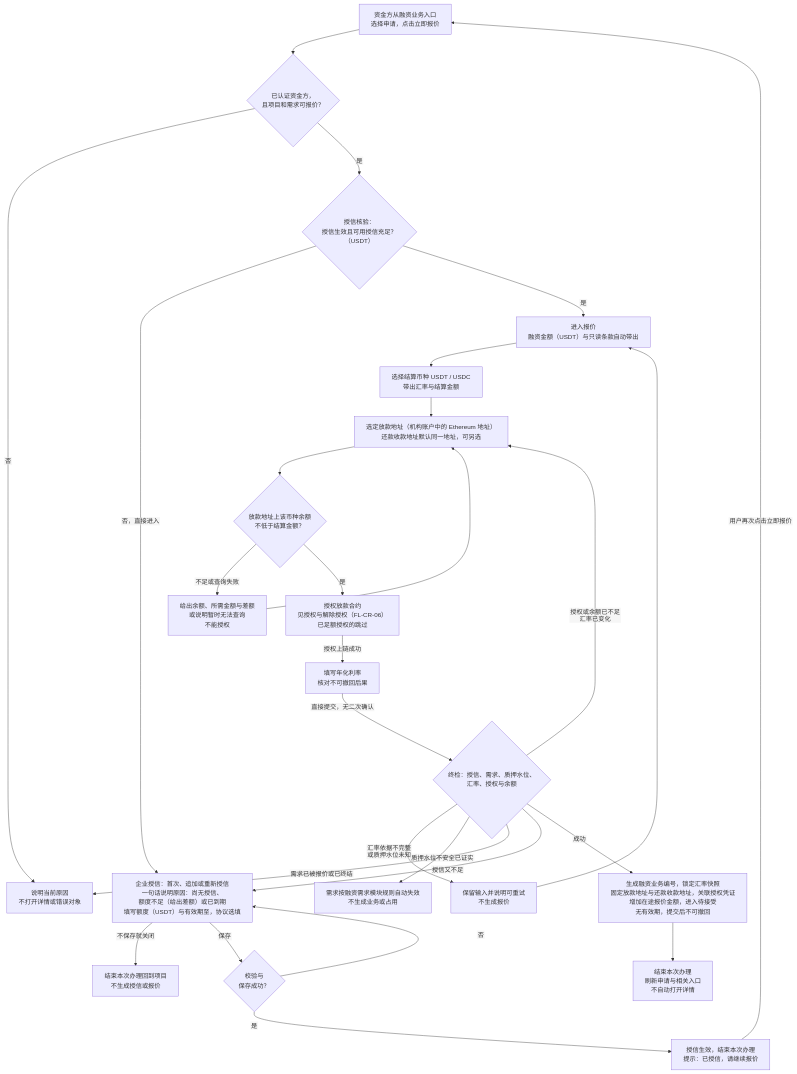
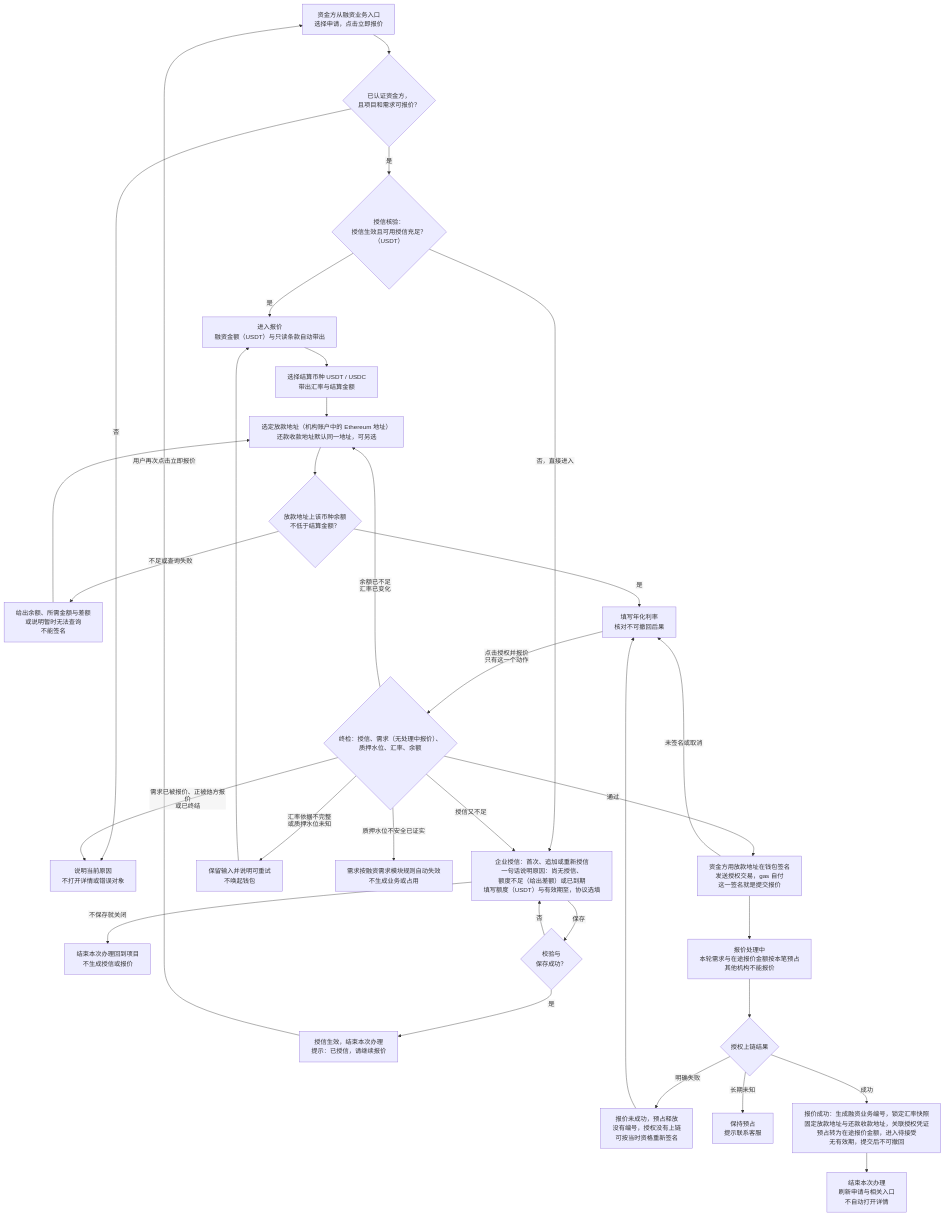
The first of 10 diagrams in lending-platform/PRD/面客端/06-借贷广场-授信报价与接受拒绝/02-授信报价与接受拒绝-流程图与状态机.md (wxblockchain/Chain-Financing), drawn with Mermaid before and after one commit. The commit also changed other lines of this file and 5 other files, not shown here.

````diff
--- a/lending-platform/PRD/面客端/06-借贷广场-授信报价与接受拒绝/02-授信报价与接受拒绝-流程图与状态机.md
+++ b/lending-platform/PRD/面客端/06-借贷广场-授信报价与接受拒绝/02-授信报价与接受拒绝-流程图与状态机.md
@@ -23,30 +23,36 @@
 ```mermaid
 %%{init: {"flowchart": {"htmlLabels": false, "wrappingWidth": 400}}}%%
 flowchart TD
   A["资金方从融资业务入口<br/>选择申请，点击立即报价"] --> B{"已认证资金方，<br/>且项目和需求可报价？"}
   B -->|"否"| X["说明当前原因<br/>不打开详情或错误对象"]
   B -->|"是"| C{"授信核验：<br/>授信生效且可用授信充足？<br/>（USDT）"}
   C -->|"否，直接进入"| F["企业授信：首次、追加或重新授信<br/>一句话说明原因：尚无授信、<br/>额度不足（给出差额）或已到期<br/>填写额度（USDT）与有效期至，协议选填"]
   F -->|"不保存就关闭"| E["结束本次办理回到项目<br/>不生成授信或报价"]
   F -->|"保存"| G{"校验与<br/>保存成功？"}
   G -->|"否"| F
   G -->|"是"| H["授信生效，结束本次办理<br/>提示：已授信，请继续报价"]
   H -->|"用户再次点击立即报价"| A
   C -->|"是"| Q["进入报价<br/>融资金额（USDT）与只读条款自动带出"]
   Q --> R["选择结算币种 USDT / USDC<br/>带出汇率与结算金额"]
   R --> S1["选定放款地址（机构账户中的 Ethereum 地址）<br/>还款收款地址默认同一地址，可另选"]
   S1 --> S2{"放款地址上该币种余额<br/>不低于结算金额？"}
-  S2 -->|"不足或查询失败"| S3["给出余额、所需金额与差额<br/>或说明暂时无法查询<br/>不能授权"]
+  S2 -->|"不足或查询失败"| S3["给出余额、所需金额与差额<br/>或说明暂时无法查询<br/>不能签名"]
   S3 --> S1
-  S2 -->|"是"| S4["授权放款合约<br/>见授权与解除授权（FL-CR-06）<br/>已足额授权的跳过"]
-  S4 -->|"授权上链成功"| T["填写年化利率<br/>核对不可撤回后果"]
-  T -->|"直接提交，无二次确认"| U{"终检：授信、需求、质押水位、<br/>汇率、授权与余额"}
-  U -->|"汇率依据不完整<br/>或质押水位未知"| U1["保留输入并说明可重试<br/>不生成报价"]
+  S2 -->|"是"| T["填写年化利率<br/>核对不可撤回后果"]
+  T -->|"点击授权并报价<br/>只有这一个动作"| U{"终检：授信、需求（无处理中报价）、<br/>质押水位、汇率、余额"}
+  U -->|"汇率依据不完整<br/>或质押水位未知"| U1["保留输入并说明可重试<br/>不唤起钱包"]
   U1 --> Q
-  U -->|"授权或余额已不足<br/>汇率已变化"| S1
+  U -->|"余额已不足<br/>汇率已变化"| S1
   U -->|"质押水位不安全已证实"| V["需求按融资需求模块规则自动失效<br/>不生成业务或占用"]
-  U -->|"需求已被报价或已终结"| X
+  U -->|"需求已被报价、正被他方报价<br/>或已终结"| X
   U -->|"授信又不足"| F
-  U -->|"成功"| W["生成融资业务编号，锁定汇率快照<br/>固定放款地址与还款收款地址，关联授权凭证<br/>增加在途报价金额，进入待接受<br/>无有效期，提交后不可撤回"]
+  U -->|"通过"| K["资金方用放款地址在钱包签名<br/>发送授权交易，gas 自付<br/>这一签名就是提交报价"]
+  K -->|"未签名或取消"| T
+  K --> P["报价处理中<br/>本轮需求与在途报价金额按本笔预占<br/>其他机构不能报价"]
+  P --> M{"授权上链结果"}
+  M -->|"明确失败"| M1["报价未成功，预占释放<br/>没有编号，授权没有上链<br/>可按当时资格重新签名"]
+  M1 --> T
+  M -->|"长期未知"| M2["保持预占<br/>提示联系客服"]
+  M -->|"成功"| W["报价成功：生成融资业务编号，锁定汇率快照<br/>固定放款地址与还款收款地址，关联授权凭证<br/>预占转为在途报价金额，进入待接受<br/>无有效期，提交后不可撤回"]
   W --> Z["结束本次办理<br/>刷新申请与相关入口<br/>不自动打开详情"]
 ```
````
